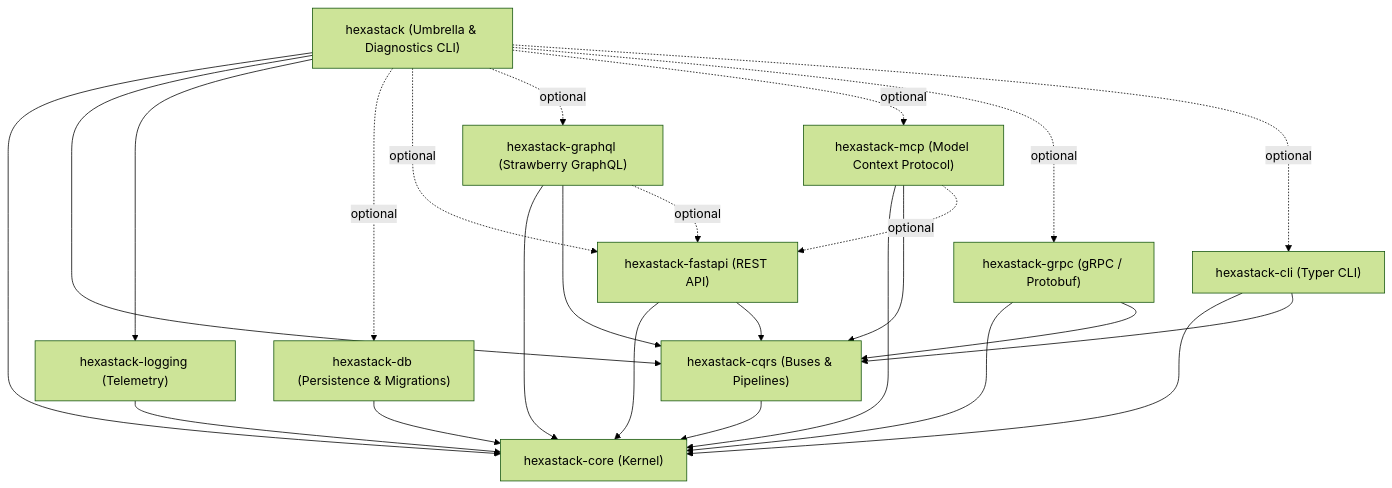
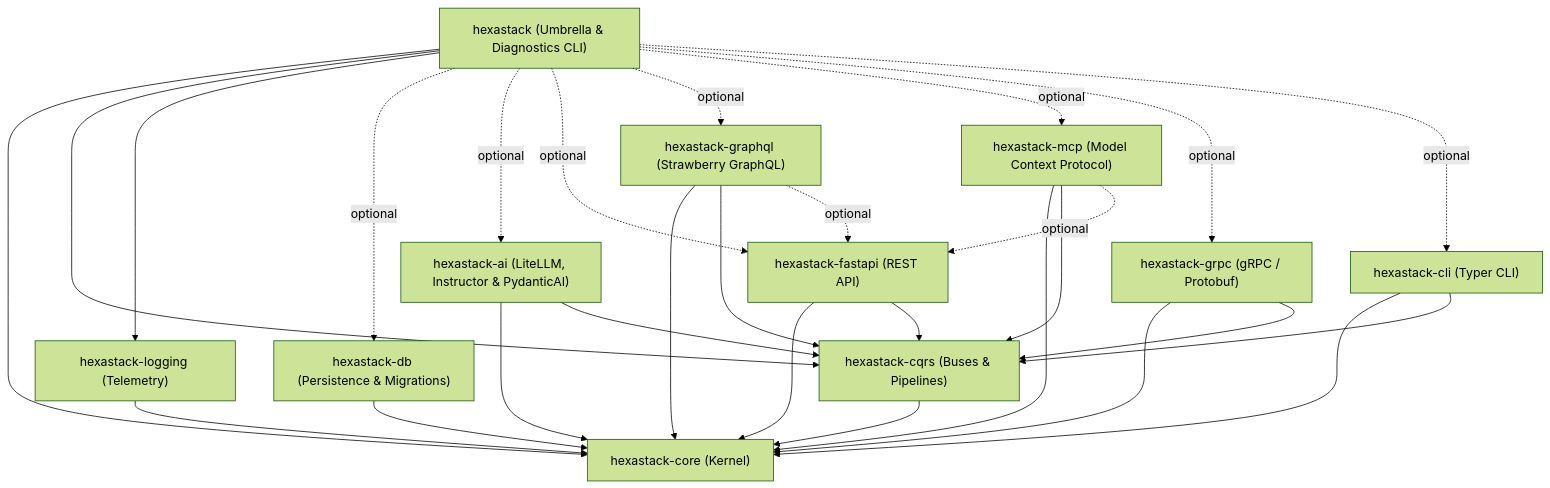
The second of 2 diagrams in README.md (TheTrueSCU/hexastack), drawn with Mermaid (forest theme) before and after one commit. The commit also changed other lines of this file and 54 other files, not shown here.

````diff
--- a/README.md
+++ b/README.md
@@ -68,40 +68,44 @@
 ```mermaid
 graph TD
     Umbrella["hexastack (Umbrella & Diagnostics CLI)"]
 
     Core["hexastack-core (Kernel)"]
     CQRS["hexastack-cqrs (Buses & Pipelines)"]
     Logging["hexastack-logging (Telemetry)"]
     DB["hexastack-db (Persistence & Migrations)"]
+    AI["hexastack-ai (LiteLLM, Instructor & PydanticAI)"]
     FastAPI["hexastack-fastapi (REST API)"]
     GraphQL["hexastack-graphql (Strawberry GraphQL)"]
     MCP["hexastack-mcp (Model Context Protocol)"]
     GRPC["hexastack-grpc (gRPC / Protobuf)"]
     CLI["hexastack-cli (Typer CLI)"]
 
     Umbrella --> Core
     Umbrella --> CQRS
     Umbrella --> Logging
     Umbrella -. optional .-> DB
+    Umbrella -. optional .-> AI
     Umbrella -. optional .-> FastAPI
     Umbrella -. optional .-> GraphQL
     Umbrella -. optional .-> MCP
     Umbrella -. optional .-> GRPC
     Umbrella -. optional .-> CLI
 
     CQRS --> Core
     Logging --> Core
     DB --> Core
+    AI --> Core
+    AI --> CQRS
     FastAPI --> Core
     FastAPI --> CQRS
     GraphQL --> Core
     GraphQL --> CQRS
     GraphQL -. optional .-> FastAPI
     MCP --> Core
     MCP --> CQRS
     MCP -. optional .-> FastAPI
     GRPC --> Core
     GRPC --> CQRS
     CLI --> Core
     CLI --> CQRS
 ```
````
